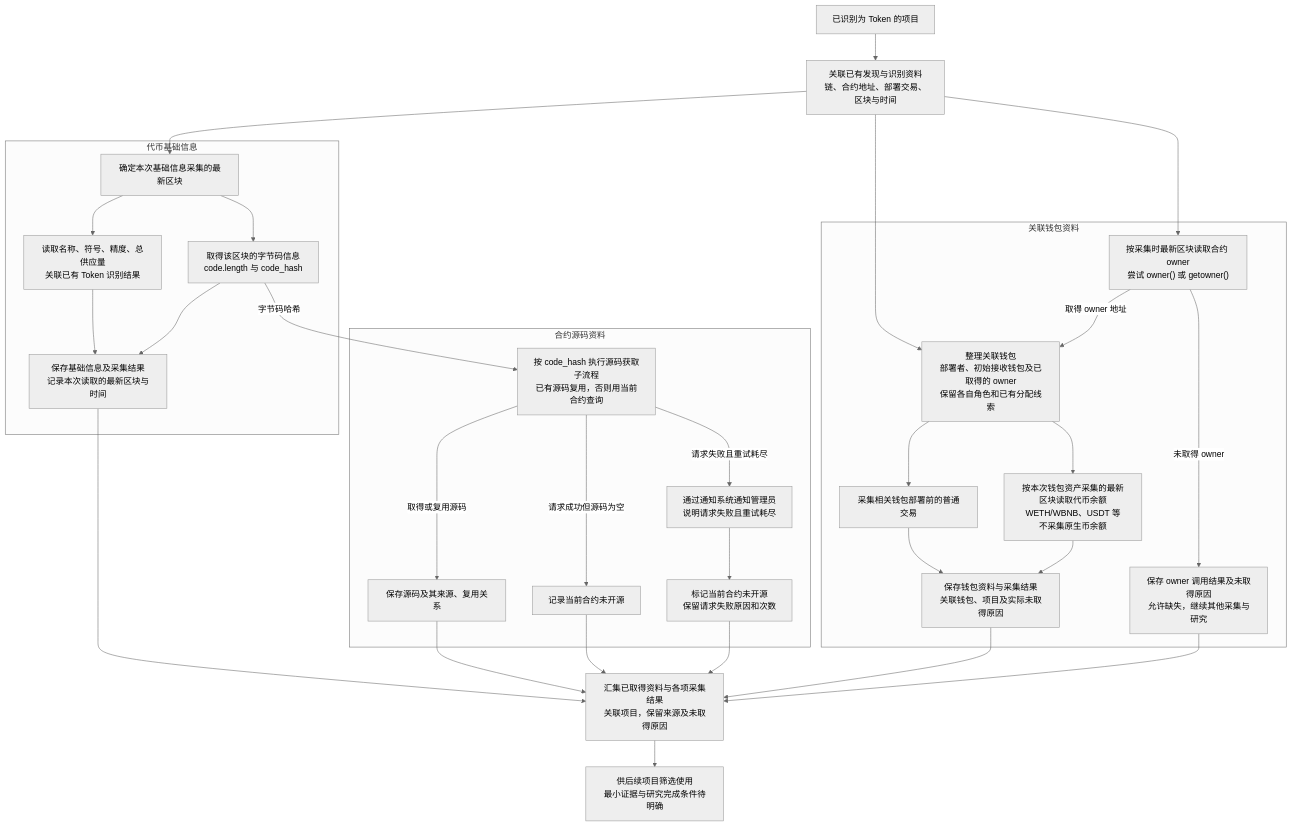
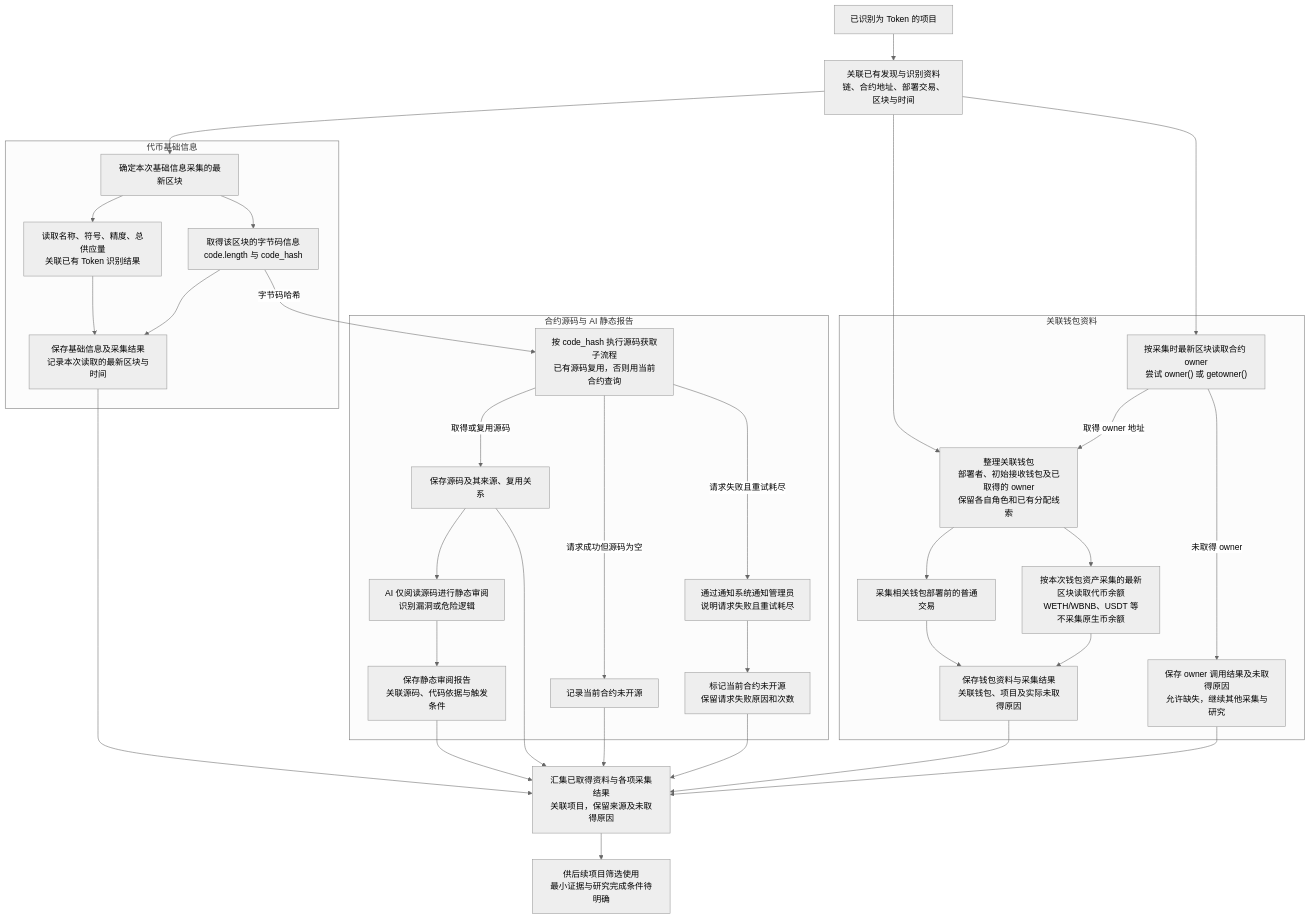
Before and after one commit to useryege/athena-o: the diagram in docs/project/token-research-materials-flow.md, drawn with Mermaid (neutral theme). The commit also changed other lines of this file and 5 other files, not shown here.

````diff
--- a/docs/project/token-research-materials-flow.md
+++ b/docs/project/token-research-materials-flow.md
@@ -11,55 +11,58 @@
 ```mermaid
 flowchart TD
     A["已识别为 Token 的项目"] --> B["关联已有发现与识别资料<br/>链、合约地址、部署交易、区块与时间"]
 
     subgraph basic["代币基础信息"]
         Q["确定本次基础信息采集的最新区块"]
         C["读取名称、符号、精度、总供应量<br/>关联已有 Token 识别结果"]
         D["取得该区块的字节码信息<br/>code.length 与 code_hash"]
         E["保存基础信息及采集结果<br/>记录本次读取的最新区块与时间"]
         Q --> C
         Q --> D
         C --> E
         D --> E
     end
 
-    subgraph source["合约源码资料"]
+    subgraph source["合约源码与 AI 静态报告"]
         F["按 code_hash 执行源码获取子流程<br/>已有源码复用，否则用当前合约查询"]
         G["保存源码及其来源、复用关系"]
         H["记录当前合约未开源"]
         I["通过通知系统通知管理员<br/>说明请求失败且重试耗尽"]
         I2["标记当前合约未开源<br/>保留请求失败原因和次数"]
         F -->|取得或复用源码| G
+        G --> SR["AI 仅阅读源码进行静态审阅<br/>识别漏洞或危险逻辑"]
+        SR --> ST["保存静态审阅报告<br/>关联源码、代码依据与触发条件"]
         F -->|请求成功但源码为空| H
         F -->|请求失败且重试耗尽| I
         I --> I2
     end
 
     subgraph wallets["关联钱包资料"]
         O["按采集时最新区块读取合约 owner<br/>尝试 owner() 或 getowner()"]
         O2["保存 owner 调用结果及未取得原因<br/>允许缺失，继续其他采集与研究"]
         J["整理关联钱包<br/>部署者、初始接收钱包及已取得的 owner<br/>保留各自角色和已有分配线索"]
         K["采集相关钱包部署前的普通交易"]
         L["按本次钱包资产采集的最新区块读取代币余额<br/>WETH/WBNB、USDT 等<br/>不采集原生币余额"]
         M["保存钱包资料与采集结果<br/>关联钱包、项目及实际未取得原因"]
         O -->|取得 owner 地址| J
         O -->|未取得 owner| O2
         J --> K
         J --> L
         K --> M
         L --> M
     end
 
     B --> Q
     D -->|字节码哈希| F
     B --> J
     B --> O
 
     E --> N["汇集已取得资料与各项采集结果<br/>关联项目，保留来源及未取得原因"]
     G --> N
+    ST --> N
     H --> N
     I2 --> N
     M --> N
     O2 --> N
     N --> P["供后续项目筛选使用<br/>最小证据与研究完成条件待明确"]
 ```
````
